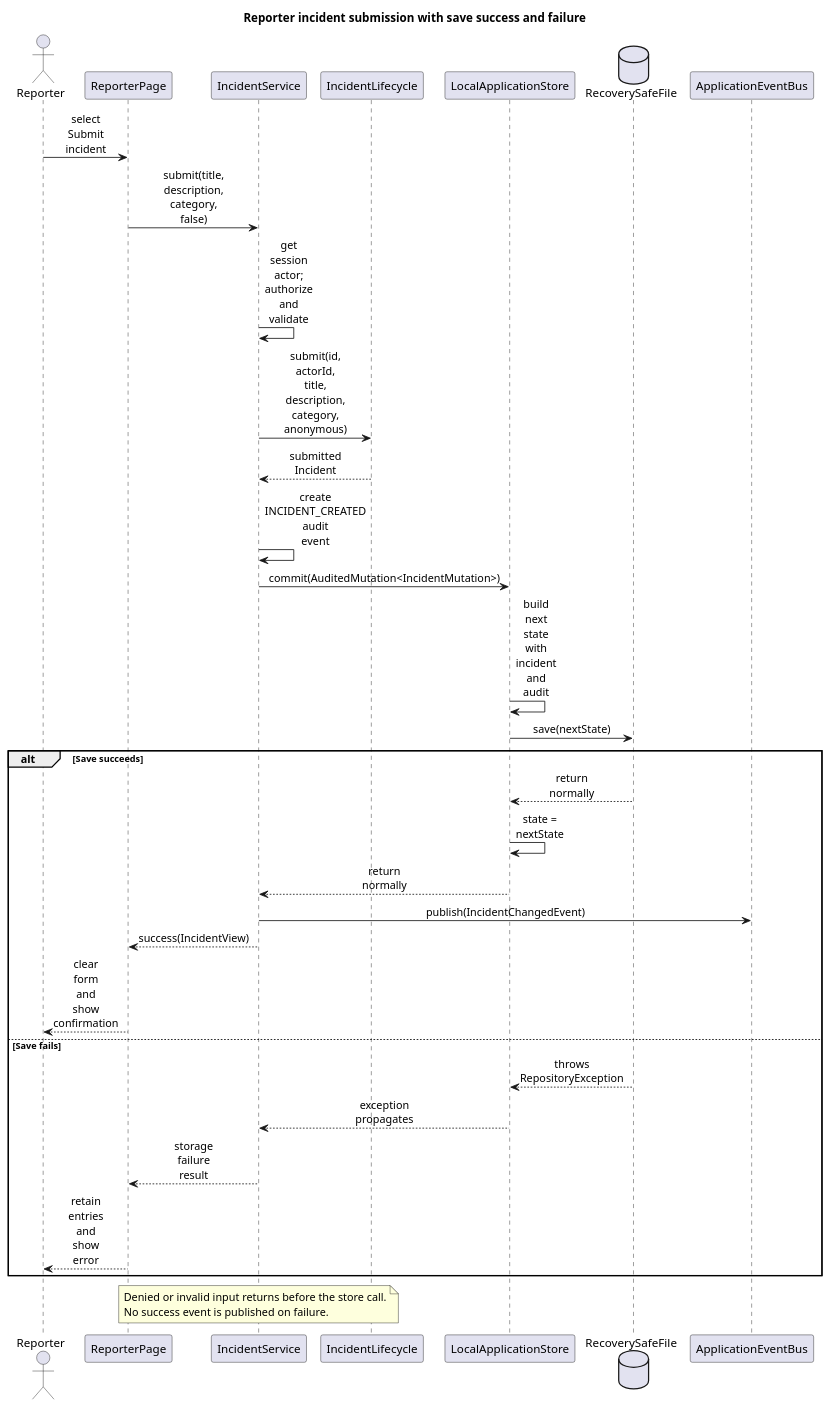
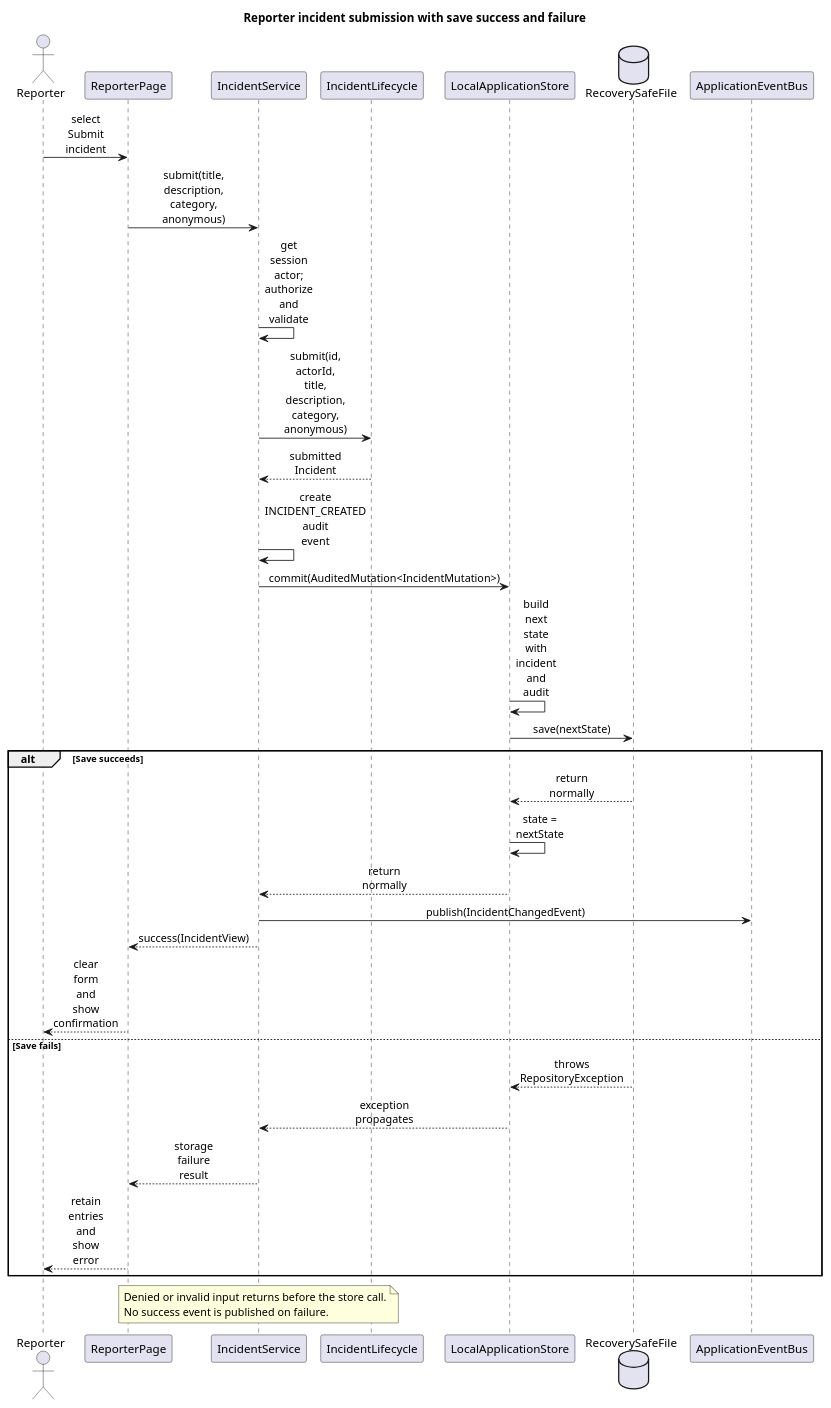
Before and after one commit to CS3227-2610-MP2-IncidentAssistant/CS3227-2610-MP2: the diagram in docs/diagrams/incident-submission.puml, drawn with PlantUML. The commit also changed 1 other file, not shown here.

Commit message:
docs: correct anonymous submission sequence

```diff
--- a/docs/diagrams/incident-submission.puml
+++ b/docs/diagrams/incident-submission.puml
@@ -1,48 +1,48 @@
 @startuml
 title Reporter incident submission with save success and failure
 
 skinparam backgroundColor white
 skinparam defaultFontName Arial
 skinparam shadowing false
 skinparam sequenceMessageAlign center
 skinparam responseMessageBelowArrow true
 skinparam maxMessageSize 55
 
 actor Reporter
 participant ReporterPage as Page
 participant IncidentService as Service
 participant IncidentLifecycle as Lifecycle
 participant LocalApplicationStore as Store
 database RecoverySafeFile as File
 participant "ApplicationEventBus" as Events
 
 Reporter -> Page : select Submit incident
-Page -> Service : submit(title, description, category, false)
+Page -> Service : submit(title, description, category, anonymous)
 Service -> Service : get session actor; authorize and validate
 Service -> Lifecycle : submit(id, actorId, title, description,\ncategory, anonymous)
 Lifecycle --> Service : submitted Incident
 Service -> Service : create INCIDENT_CREATED audit event
 Service -> Store : commit(AuditedMutation<IncidentMutation>)
 Store -> Store : build next state with incident and audit
 Store -> File : save(nextState)
 
 alt Save succeeds
     File --> Store : return normally
     Store -> Store : state = nextState
     Store --> Service : return normally
     Service -> Events : publish(IncidentChangedEvent)
     Service --> Page : success(IncidentView)
     Page --> Reporter : clear form and show confirmation
 else Save fails
     File --> Store : throws RepositoryException
     Store --> Service : exception propagates
     Service --> Page : storage failure result
     Page --> Reporter : retain entries and show error
 end
 
 note over Service
 Denied or invalid input returns before the store call.
 No success event is published on failure.
 end note
 
 @enduml
```
